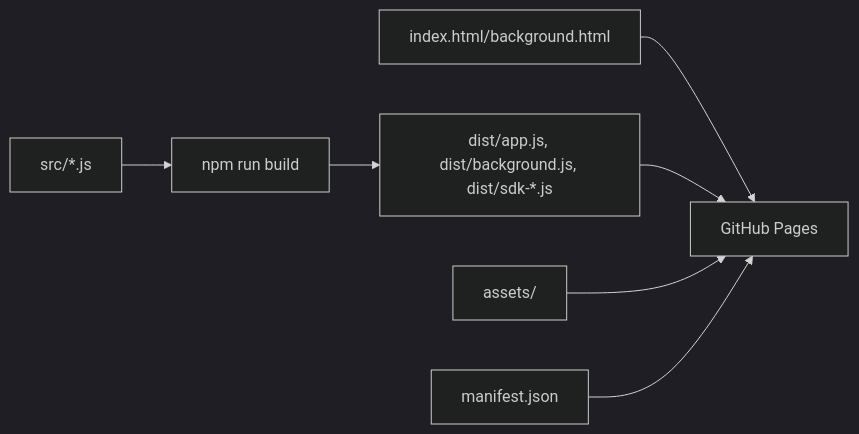
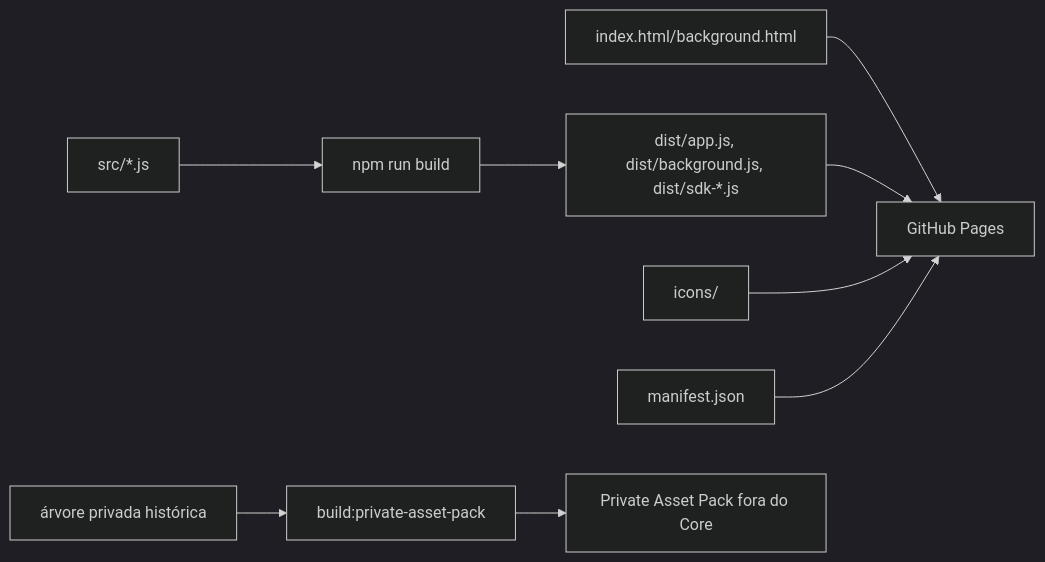
The ninth of 9 diagrams in docs/ARCHITECTURE.md (DemonRider0/Double-Sided-Cards), drawn with Mermaid (dark theme) before and after one commit. The commit also changed other lines of this file and 996 other files, not shown here.

Commit message:
Separate public core from private asset pack

````diff
--- a/docs/ARCHITECTURE.md
+++ b/docs/ARCHITECTURE.md
@@ -274,9 +287,11 @@
 ```mermaid
 flowchart LR
   src["src/*.js"] --> build["npm run build"]
   build --> dist["dist/app.js, dist/background.js, dist/sdk-*.js"]
   html["index.html/background.html"] --> public["GitHub Pages"]
   dist --> public
-  assets["assets/"] --> public
+  icons["icons/"] --> public
   manifest["manifest.json"] --> public
+  source["árvore privada histórica"] --> packBuild["build:private-asset-pack"]
+  packBuild --> private["Private Asset Pack fora do Core"]
 ```
````
